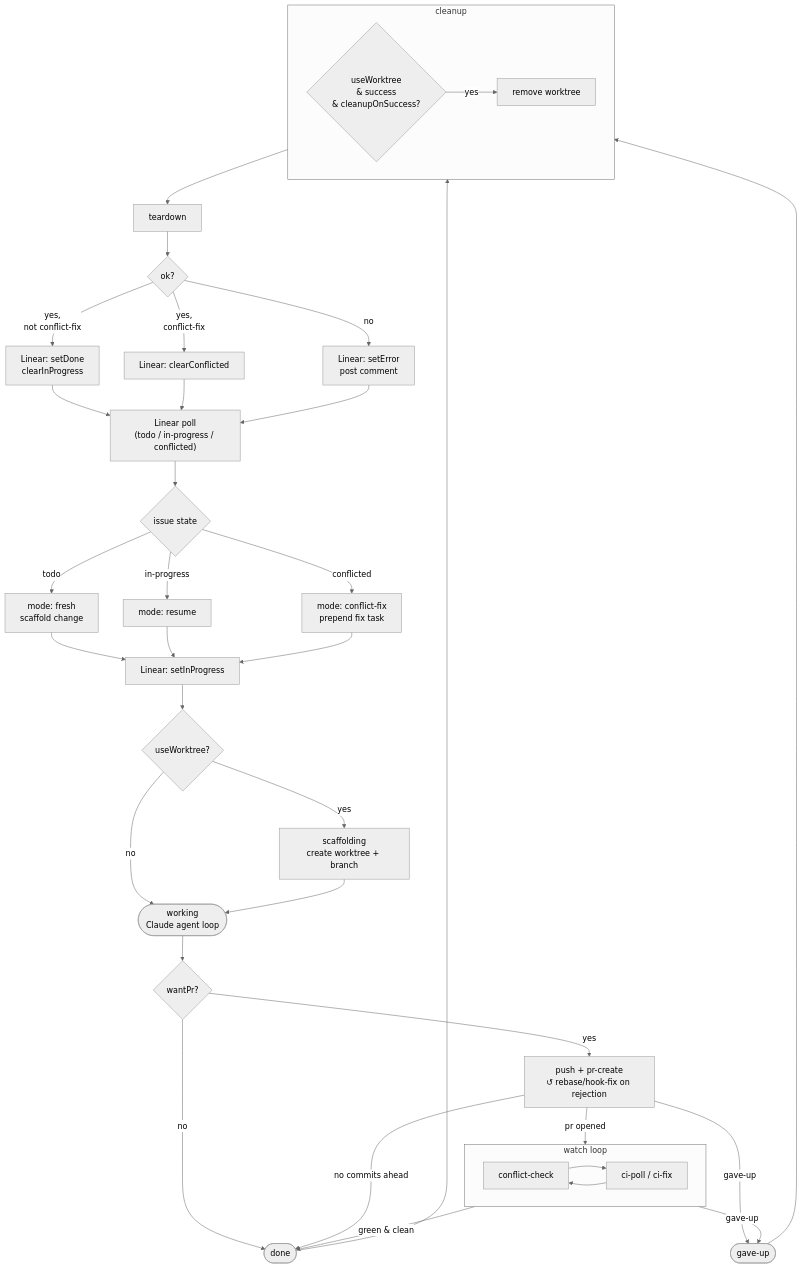
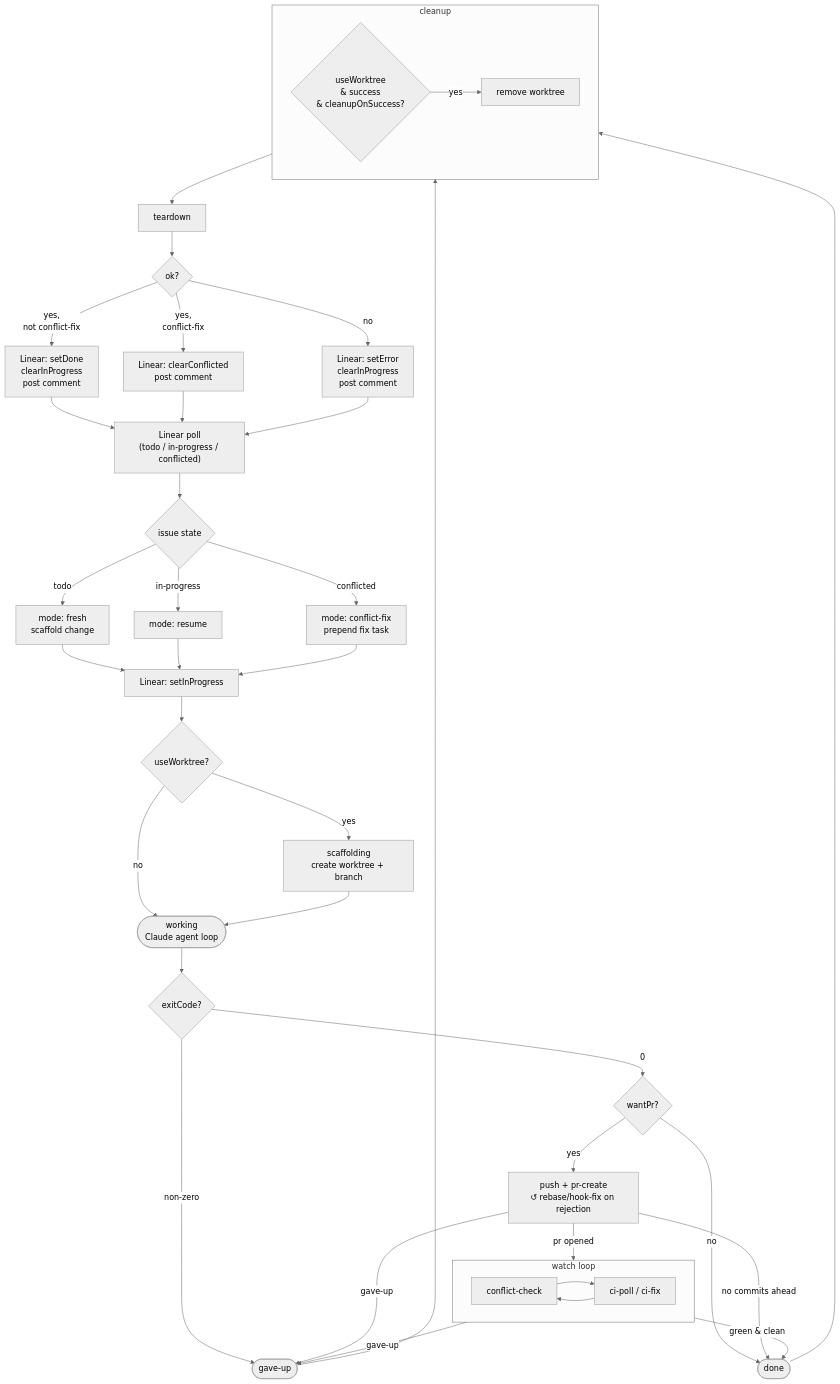
Before and after one commit to rosneri/ralphy: the second of 2 diagrams in README.md, drawn with Mermaid (neutral theme).

Commit message:
fix(docs): correct agent flow diagram to match actual code
Three gaps between diagram and implementation:
- Add exitCode gate after worker (non-zero skips PR phase entirely)
- Add clearInProgress to error path (coordinator removes it on both
  success and failure, not only success)
- Add post comment to all outcome paths (coordinator always posts,
  not only on failure)

````diff
--- a/README.md
+++ b/README.md
@@ -28,52 +28,54 @@
 ```mermaid
 flowchart TD
     POLL["Linear poll\n(todo / in-progress / conflicted)"]
 
     POLL --> Q{issue state}
     Q -- todo --> FRESH[mode: fresh\nscaffold change]
     Q -- in-progress --> RESUME[mode: resume]
     Q -- conflicted --> CFIX[mode: conflict-fix\nprepend fix task]
 
     FRESH & RESUME & CFIX --> LIN_IP[Linear: setInProgress]
     LIN_IP --> WTS{useWorktree?}
     WTS -- yes --> SC[scaffolding\ncreate worktree + branch]
     WTS -- no --> W
     SC --> W([working\nClaude agent loop])
 
-    W --> PR{wantPr?}
+    W --> EX{exitCode?}
+    EX -- "non-zero" --> GAVEUP
+    EX -- "0" --> PR{wantPr?}
 
     PR -- no --> DONE
     PR -- yes --> PUSH["push + pr-create\n↺ rebase/hook-fix on rejection"]
 
     PUSH -- gave-up --> GAVEUP
     PUSH -- no commits ahead --> DONE
 
     PUSH -- pr opened --> WATCH
 
     subgraph WATCH["watch loop"]
         direction LR
         CC[conflict-check] --> CI[ci-poll / ci-fix]
         CI --> CC
     end
 
     WATCH -- green & clean --> DONE
     WATCH -- gave-up --> GAVEUP
 
     DONE([done]) --> CLWT
     GAVEUP([gave-up]) --> CLWT
 
     subgraph CLWT["cleanup"]
         direction LR
         CL{useWorktree\n& success\n& cleanupOnSuccess?}
         CL -- yes --> RW[remove worktree]
     end
 
     CLWT --> TD[teardown]
     TD --> RES{ok?}
 
-    RES -- "yes,\nnot conflict-fix" --> LIN_DONE[Linear: setDone\nclearInProgress]
-    RES -- "yes,\nconflict-fix" --> LIN_CC[Linear: clearConflicted]
-    RES -- no --> LIN_ERR[Linear: setError\npost comment]
+    RES -- "yes,\nnot conflict-fix" --> LIN_DONE["Linear: setDone\nclearInProgress\npost comment"]
+    RES -- "yes,\nconflict-fix" --> LIN_CC["Linear: clearConflicted\npost comment"]
+    RES -- no --> LIN_ERR["Linear: setError\nclearInProgress\npost comment"]
 
     LIN_DONE & LIN_CC & LIN_ERR --> POLL
 ```
````
